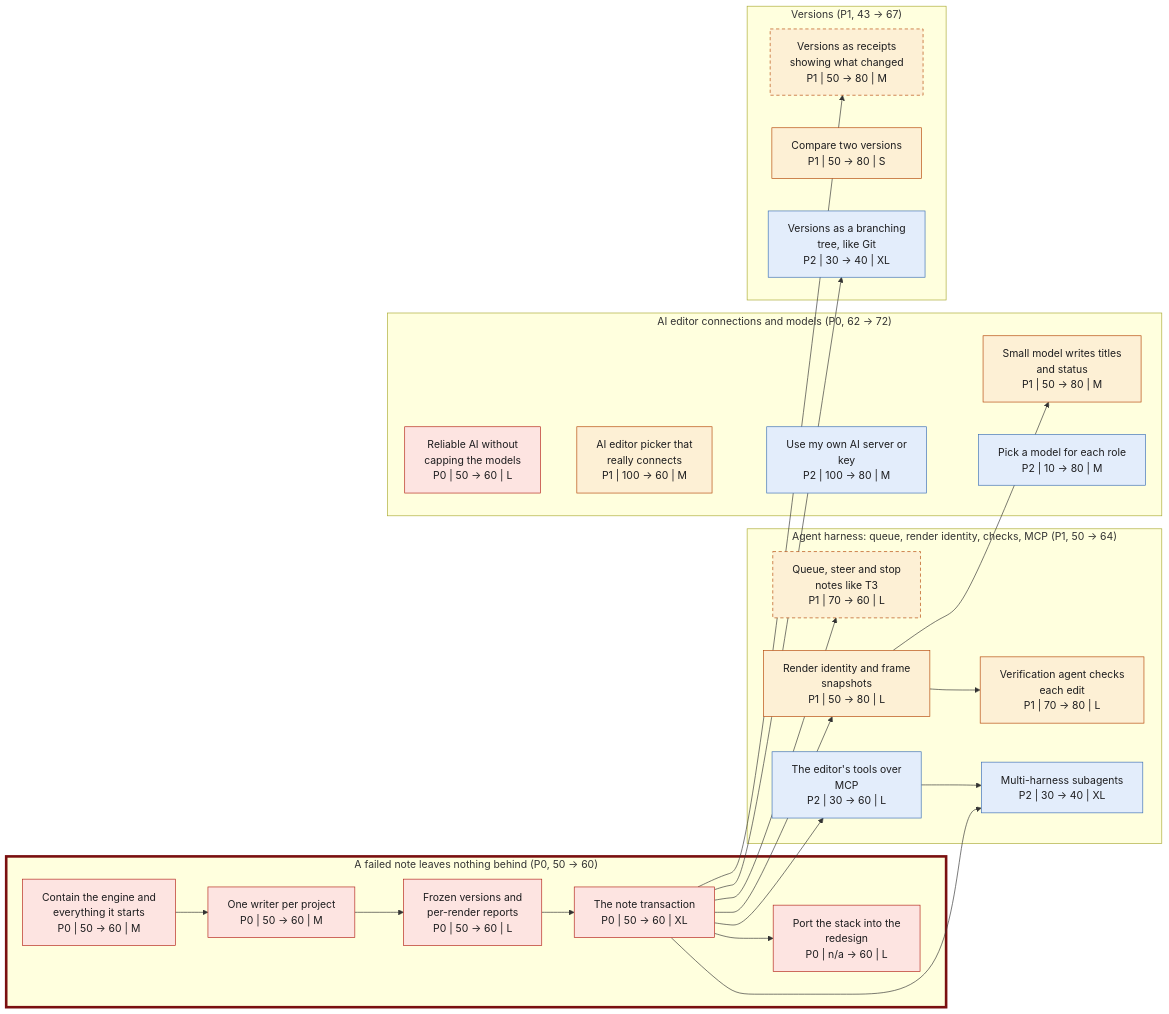
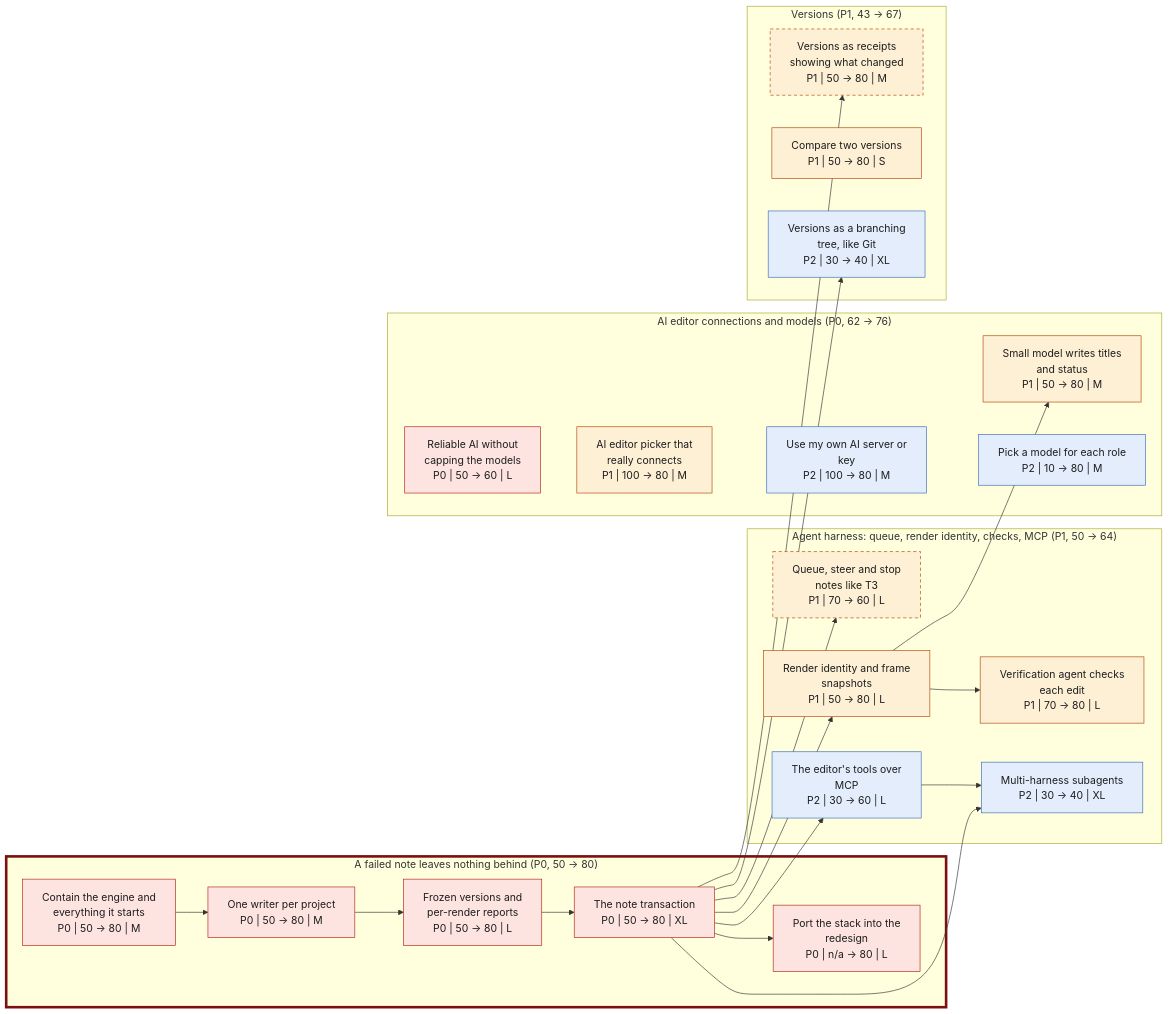
Before and after one commit to SamGu-NRX/reel-studio-app: the fourth of 8 diagrams in roadmap-graphs.md, drawn with Mermaid. The commit also changed other lines of this file and 6 other files, not shown here.

First line of the commit message:
docs: roadmap snapshot 2026-11-05, after the second overnight run

````diff
--- a/roadmap-graphs.md
+++ b/roadmap-graphs.md
@@ -200,57 +200,57 @@
 ```mermaid
 flowchart LR
-    subgraph n_notes_all_or_nothing_g["A failed note leaves nothing behind (P0, 50 → 60)"]
-        n_fn_contain["Contain the engine and<br/>everything it starts<br/>P0 | 50 → 60 | M"]
-        n_fn_owner["One writer per project<br/>P0 | 50 → 60 | M"]
-        n_fn_reports["Frozen versions and<br/>per-render reports<br/>P0 | 50 → 60 | L"]
-        n_fn_transaction["The note transaction<br/>P0 | 50 → 60 | XL"]
-        n_fn_port["Port the stack into the<br/>redesign<br/>P0 | n/a → 60 | L"]
+    subgraph n_notes_all_or_nothing_g["A failed note leaves nothing behind (P0, 50 → 80)"]
+        n_fn_contain["Contain the engine and<br/>everything it starts<br/>P0 | 50 → 80 | M"]
+        n_fn_owner["One writer per project<br/>P0 | 50 → 80 | M"]
+        n_fn_reports["Frozen versions and<br/>per-render reports<br/>P0 | 50 → 80 | L"]
+        n_fn_transaction["The note transaction<br/>P0 | 50 → 80 | XL"]
+        n_fn_port["Port the stack into the<br/>redesign<br/>P0 | n/a → 80 | L"]
     end
     subgraph n_agent_harness_g["Agent harness: queue, render identity, checks, MCP (P1, 50 → 64)"]
         n_queue_steer_stop["Queue, steer and stop<br/>notes like T3<br/>P1 | 70 → 60 | L"]
         n_ai_frame_snapshot["Render identity and frame<br/>snapshots<br/>P1 | 50 → 80 | L"]
         n_checker_agent["Verification agent checks<br/>each edit<br/>P1 | 70 → 80 | L"]
         n_ah_subagents["Multi-harness subagents<br/>P2 | 30 → 40 | XL"]
         n_ah_mcp["The editor's tools over<br/>MCP<br/>P2 | 30 → 60 | L"]
     end
-    subgraph n_ep_ai_editor_g["AI editor connections and models (P0, 62 → 72)"]
+    subgraph n_ep_ai_editor_g["AI editor connections and models (P0, 62 → 76)"]
         n_reliable_ai["Reliable AI without<br/>capping the models<br/>P0 | 50 → 60 | L"]
-        n_ai_picker_connects["AI editor picker that<br/>really connects<br/>P1 | 100 → 60 | M"]
+        n_ai_picker_connects["AI editor picker that<br/>really connects<br/>P1 | 100 → 80 | M"]
         n_small_model_titles["Small model writes titles<br/>and status<br/>P1 | 50 → 80 | M"]
         n_custom_ai_server["Use my own AI server or<br/>key<br/>P2 | 100 → 80 | M"]
         n_per_role_models["Pick a model for each role<br/>P2 | 10 → 80 | M"]
     end
     subgraph n_ep_versions_g["Versions (P1, 43 → 67)"]
         n_version_receipts["Versions as receipts<br/>showing what changed<br/>P1 | 50 → 80 | M"]
         n_compare_versions["Compare two versions<br/>P1 | 50 → 80 | S"]
         n_version_tree["Versions as a branching<br/>tree, like Git<br/>P2 | 30 → 40 | XL"]
     end
     n_fn_contain --> n_fn_owner
     n_fn_owner --> n_fn_reports
     n_fn_reports --> n_fn_transaction
     n_fn_transaction --> n_fn_port
     n_fn_transaction --> n_queue_steer_stop
     n_fn_transaction --> n_ai_frame_snapshot
     n_ai_frame_snapshot --> n_checker_agent
     n_fn_transaction --> n_ah_subagents
     n_ah_mcp --> n_ah_subagents
     n_fn_transaction --> n_ah_mcp
     n_ai_frame_snapshot --> n_small_model_titles
     n_fn_transaction --> n_version_receipts
     n_fn_transaction --> n_version_tree
     n_reliable_ai ~~~ n_ai_picker_connects ~~~ n_custom_ai_server ~~~ n_per_role_models
     classDef p0 fill:#fde4e1,stroke:#b42318,color:#1d1d1f
     classDef p1 fill:#fdf0d5,stroke:#b54708,color:#1d1d1f
     classDef p2 fill:#e3edfb,stroke:#3b6fb6,color:#1d1d1f
     classDef p3 fill:#eeeeef,stroke:#8a8a8f,color:#1d1d1f
     classDef dropped fill:#ffffff,stroke:#b0b0b5,color:#8a8a8f
     classDef outside fill:#ffffff,stroke:#b0b0b5,color:#6b6b70,stroke-dasharray:2 2
     classDef blocker fill:#ffffff,stroke:#6b6b70,color:#1d1d1f,stroke-dasharray:5 4
     classDef waits stroke-dasharray:5 4
     classDef hardest stroke:#7a1010,stroke-width:4px
     class n_fn_contain,n_fn_owner,n_fn_reports,n_fn_transaction,n_fn_port,n_reliable_ai p0
     class n_queue_steer_stop,n_ai_frame_snapshot,n_checker_agent,n_ai_picker_connects,n_small_model_titles,n_version_receipts,n_compare_versions p1
     class n_queue_steer_stop,n_version_receipts waits
     class n_ah_subagents,n_ah_mcp,n_custom_ai_server,n_per_role_models,n_version_tree p2
     style n_notes_all_or_nothing_g stroke:#7a1010,stroke-width:4px
 ```
````
